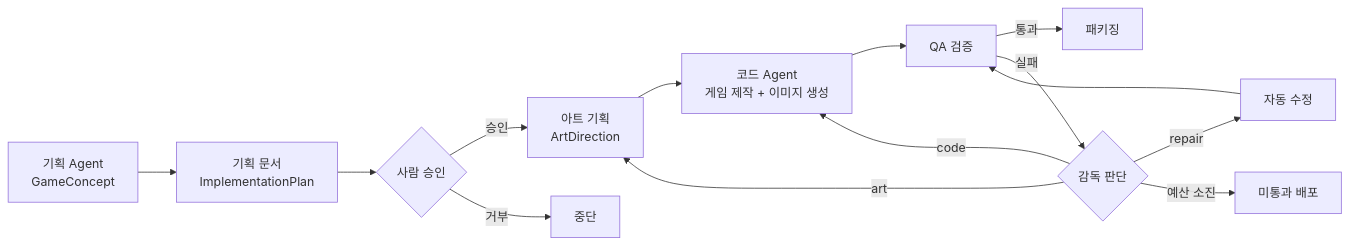
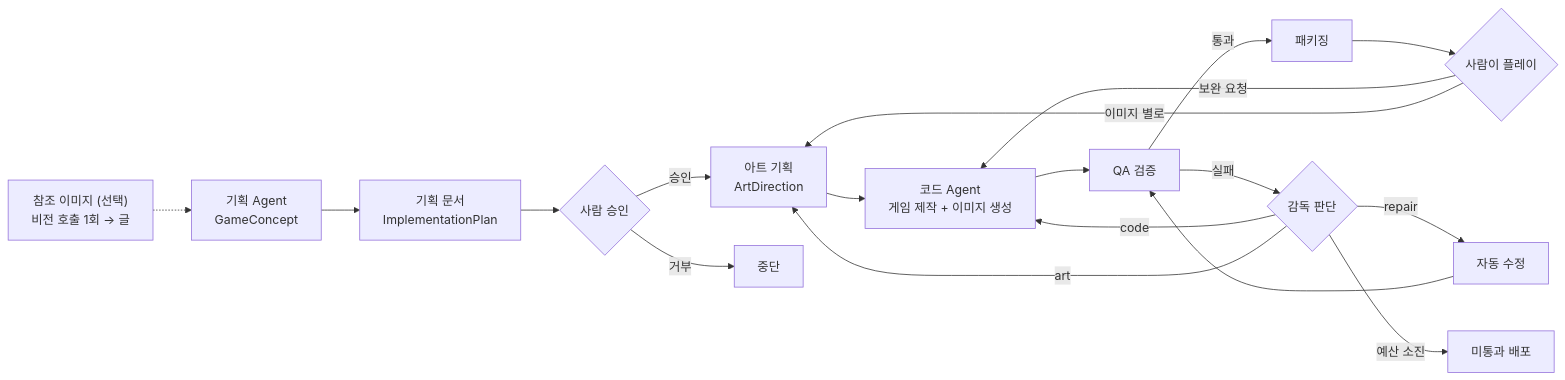
Before and after one commit to SuperclusterAll/gamestudio: the fourth of 10 diagrams in docs/ARCHITECTURE.md, drawn with Mermaid. The commit also changed other lines of this file and 25 other files, not shown here.

````diff
--- a/docs/ARCHITECTURE.md
+++ b/docs/ARCHITECTURE.md
@@ -196,15 +196,19 @@
 ```mermaid
 flowchart LR
+    R["참조 이미지 (선택)<br/>비전 호출 1회 → 글"] -.-> A
     A["기획 Agent<br/>GameConcept"] --> B["기획 문서<br/>ImplementationPlan"]
     B --> C{"사람 승인"}
     C -->|승인| D["아트 기획<br/>ArtDirection"]
     C -->|거부| X["중단"]
     D --> E["코드 Agent<br/>게임 제작 + 이미지 생성"]
     E --> F["QA 검증"]
     F -->|통과| G["패키징"]
     F -->|실패| H{"감독 판단"}
     H -->|code| E
     H -->|art| D
     H -->|repair| I["자동 수정"] --> F
     H -->|예산 소진| J["미통과 배포"]
+    G --> K{"사람이 플레이"}
+    K -->|보완 요청| E
+    K -->|이미지 별로| D
 ```
````
